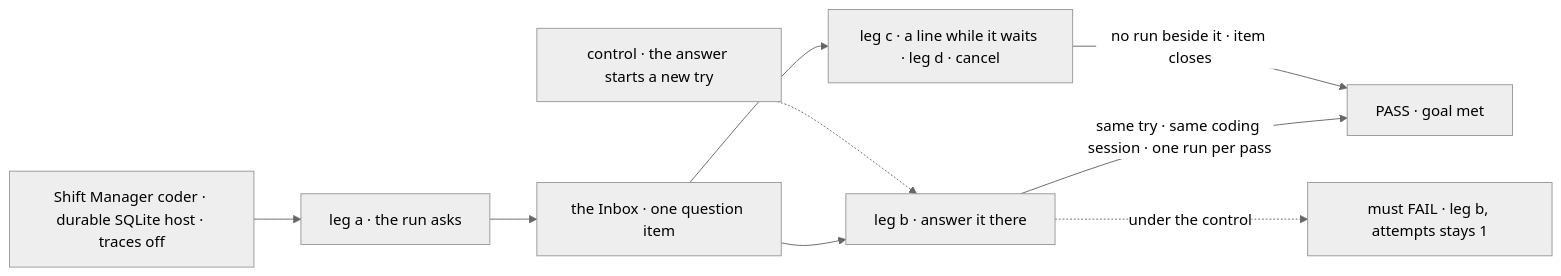
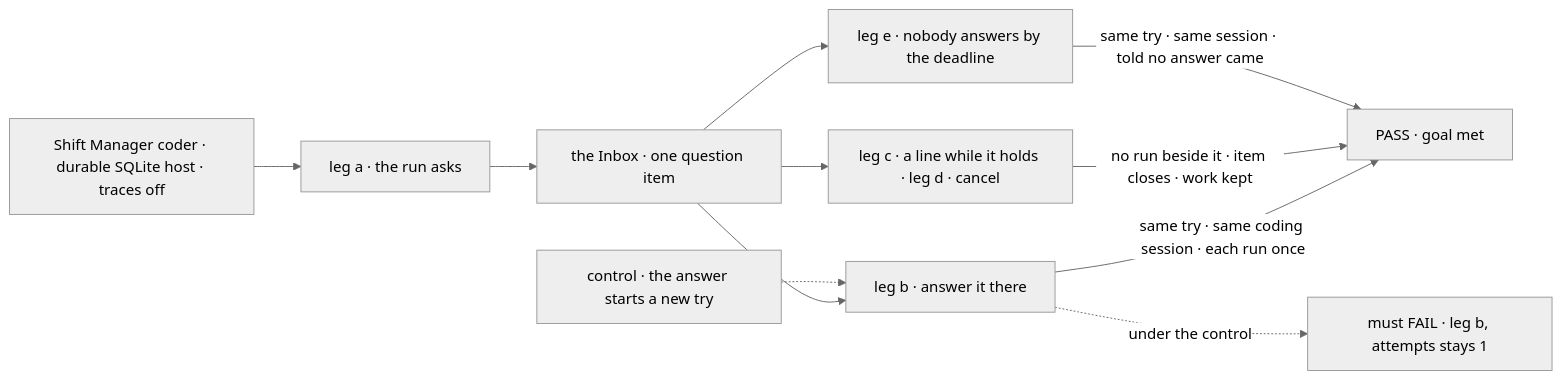
The first of 2 diagrams in specs/issues/FIX-2132/SPEC.md (fixpoint-labs/flow-state-dev), drawn with Mermaid (neutral theme) before and after one commit. The commit also changed other lines of this file and 5 other files, not shown here.

First line of the commit message:
spec(FIX-2132): re-spec on the epic amendment — a coding run's question holds its task

````diff
--- a/specs/issues/FIX-2132/SPEC.md
+++ b/specs/issues/FIX-2132/SPEC.md
@@ -30,11 +30,13 @@
 ```mermaid
 flowchart LR
   H["Shift Manager coder · durable SQLite host · traces off"] --> A["leg a · the run asks"]
   A --> I["the Inbox · one question item"]
   I --> B["leg b · answer it there"]
-  I --> C["leg c · a line while it waits · leg d · cancel"]
-  B -->|"same try · same coding session · one run per pass"| P["PASS · goal met"]
-  C -->|"no run beside it · item closes"| P
+  I --> C["leg c · a line while it holds · leg d · cancel"]
+  I --> E["leg e · nobody answers by the deadline"]
+  B -->|"same try · same coding session · each run once"| P["PASS · goal met"]
+  C -->|"no run beside it · item closes · work kept"| P
+  E -->|"same try · same session · told no answer came"| P
   K["control · the answer starts a new try"] -.-> B
   B -.->|"under the control"| F["must FAIL · leg b, attempts stays 1"]
 ```
````
